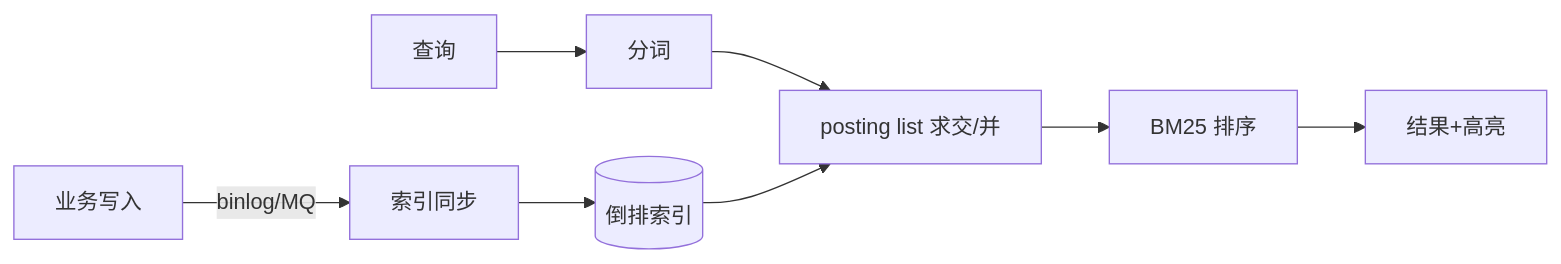
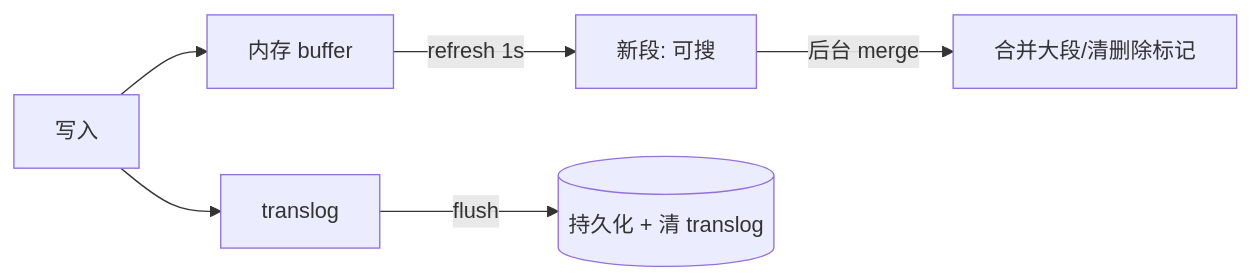
Before and after one commit to zhangqian-silk/computer-science: the diagram in system_design/components/search_component/search_component.md, drawn with Mermaid. The commit also changed other lines of this file and 34 other files, not shown here.

````diff
--- a/system_design/components/search_component/search_component.md
+++ b/system_design/components/search_component/search_component.md
@@ -52,7 +61,6 @@
 ```mermaid
 flowchart LR
-	W[业务写入] -->|binlog/MQ| S[索引同步]
-	S --> I[(倒排索引)]
-	Q[查询] --> A[分词] --> M[posting list 求交/并] --> R[BM25 排序] --> Resp[结果+高亮]
-	I --> M
+	W[写入] --> Buf[内存 buffer] -->|refresh 1s| Seg[新段: 可搜]
+	W --> TL[translog] -->|flush| Disk[(持久化 + 清 translog)]
+	Seg -->|后台 merge| Big[合并大段/清删除标记]
 ```
````
